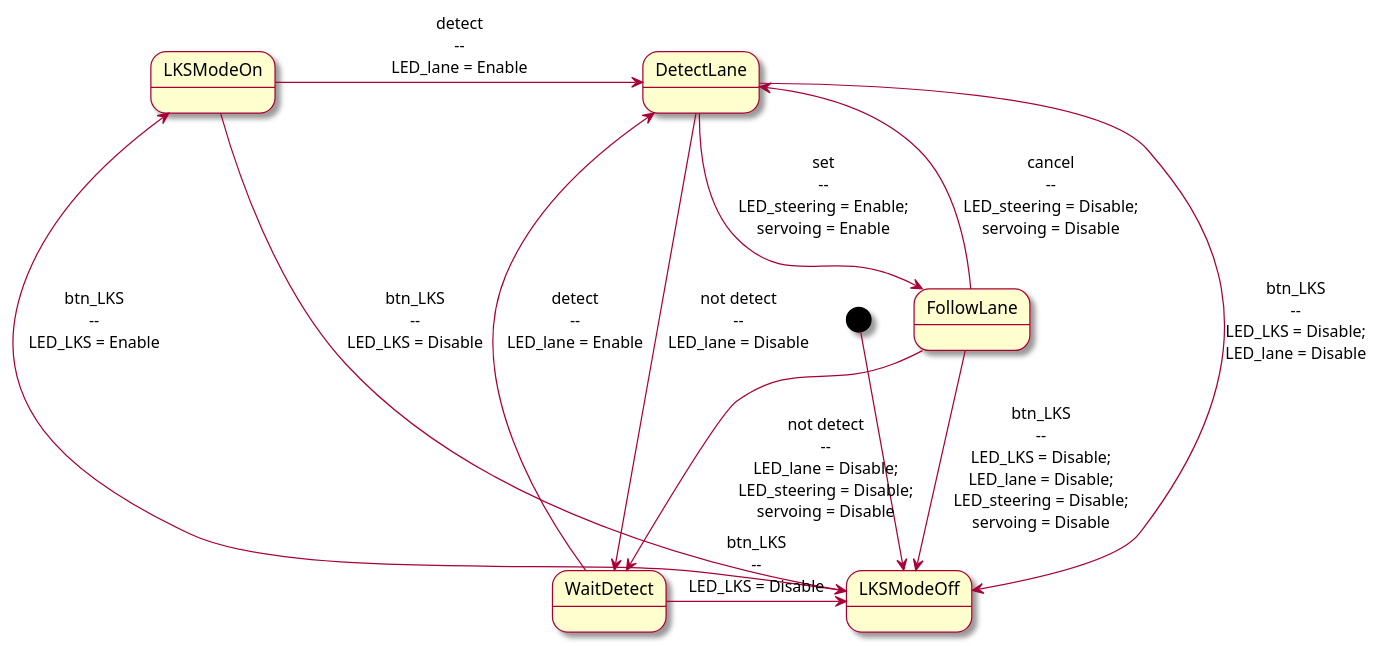
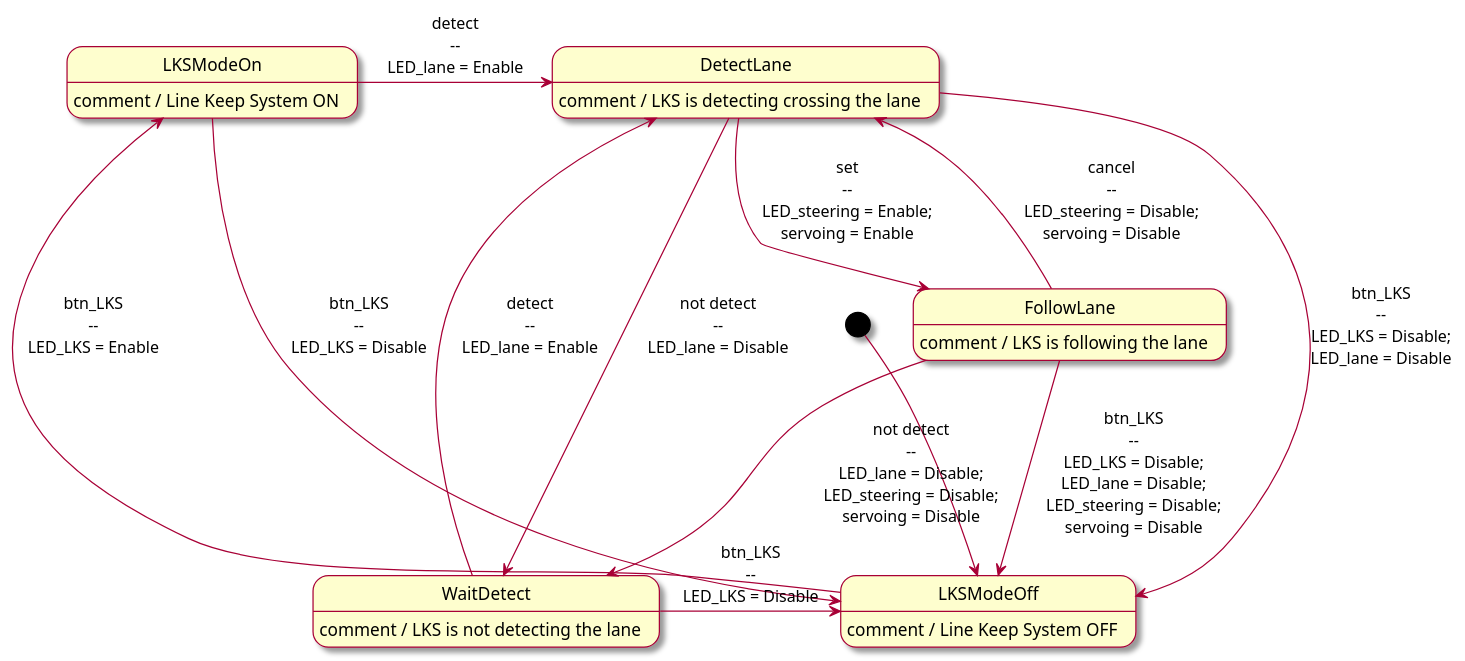
Before and after one commit to Lecrapouille/PlantUMLStatecharts: the diagram in examples/input/LKS.plantuml, drawn with PlantUML. The commit also changed 15 other files, not shown here.

Commit message:
No more generated Macros helper files. Use trick to add code directly in plantuml file

```diff
--- a/examples/input/LKS.plantuml
+++ b/examples/input/LKS.plantuml
@@ -1,21 +1,38 @@
 @startuml
 skin rose
 
+'header  #  define Disable false
+'header  #  define Enable true
+
+'code private:
+'code    bool LED_LKS;
+'code    bool LED_lane;
+'code    bool LED_steering;
+'code    bool servoing;
+
+'init    LED_LKS = LED_lane = LED_steering = servoing = Disable;
+
 [*] --> LKSModeOff
+
+LKSModeOff : comment / Line Keep System OFF
+LKSModeOn : comment / Line Keep System ON
+WaitDetect : comment / LKS is not detecting the lane
+DetectLane : comment / LKS is detecting crossing the lane
+FollowLane : comment / LKS is following the lane
 
 LKSModeOff --> LKSModeOn : btn_LKS\n--\nLED_LKS = Enable
 LKSModeOn --> LKSModeOff : btn_LKS\n--\nLED_LKS = Disable
 LKSModeOn -> DetectLane : detect\n--\nLED_lane = Enable
 
 DetectLane --> LKSModeOff : btn_LKS\n--\nLED_LKS = Disable;\nLED_lane = Disable
 DetectLane -> WaitDetect : not detect\n--\nLED_lane = Disable
 DetectLane --> FollowLane : set\n--\nLED_steering = Enable;\nservoing = Enable
 
 FollowLane --> WaitDetect : not detect\n--\nLED_lane = Disable;\nLED_steering = Disable;\nservoing = Disable
 FollowLane -> LKSModeOff : btn_LKS\n--\nLED_LKS = Disable;\nLED_lane = Disable;\nLED_steering = Disable;\nservoing = Disable
 FollowLane -> DetectLane : cancel\n--\nLED_steering = Disable;\nservoing = Disable
 
 WaitDetect -> DetectLane : detect\n--\nLED_lane = Enable
 WaitDetect -> LKSModeOff : btn_LKS\n--\nLED_LKS = Disable
 
 @enduml
```
